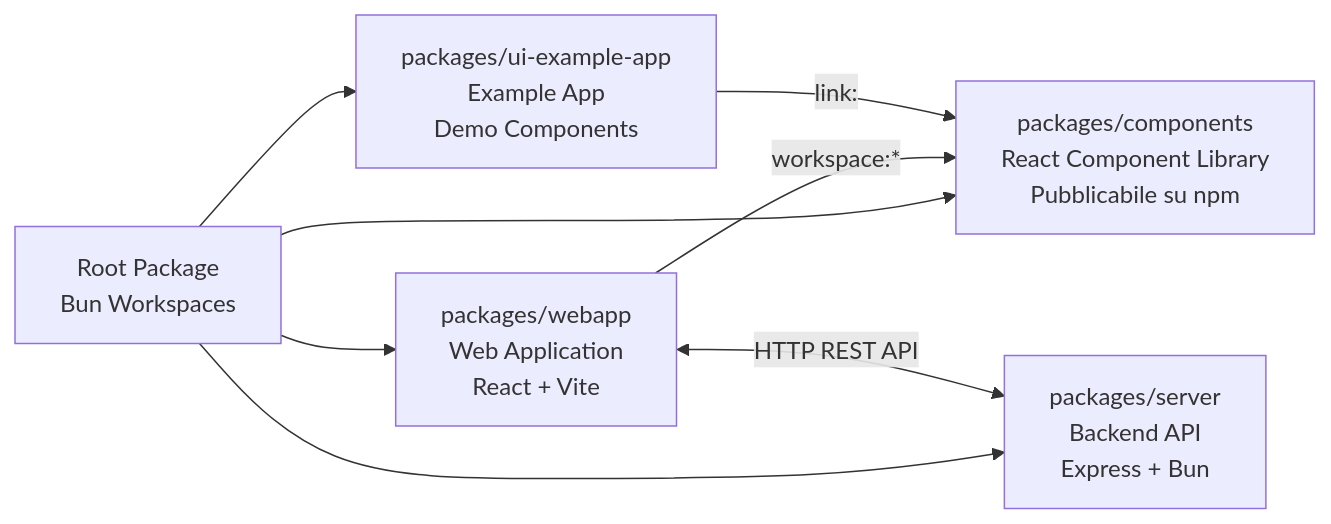
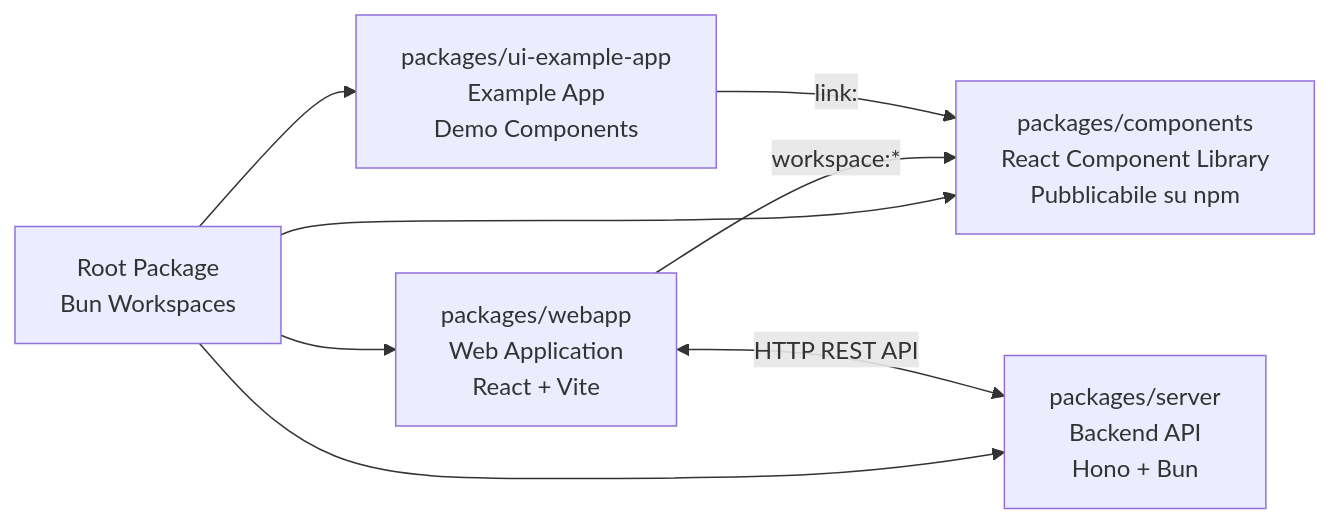
The fifth of 12 diagrams in README.md (italia/graph-italia), drawn with Mermaid before and after one commit. The commit also changed other lines of this file, not shown here.

First line of the commit message:
docs: update README - Hono migration, Azure DB, troubleshooting [skip-ci]

````diff
--- a/README.md
+++ b/README.md
@@ -433,13 +435,13 @@
 ```mermaid
 graph LR
     Root[Root Package<br/>Bun Workspaces]
     
     Root --> Components[packages/components<br/>React Component Library<br/>Pubblicabile su npm]
-    Root --> Server[packages/server<br/>Backend API<br/>Express + Bun]
+    Root --> Server[packages/server<br/>Backend API<br/>Hono + Bun]
     Root --> Webapp[packages/webapp<br/>Web Application<br/>React + Vite]
     Root --> Example[packages/ui-example-app<br/>Example App<br/>Demo Components]
     
     Webapp -->|workspace:*| Components
     Example -->|link:| Components
     Webapp <-->|HTTP REST API| Server
 ```
````
